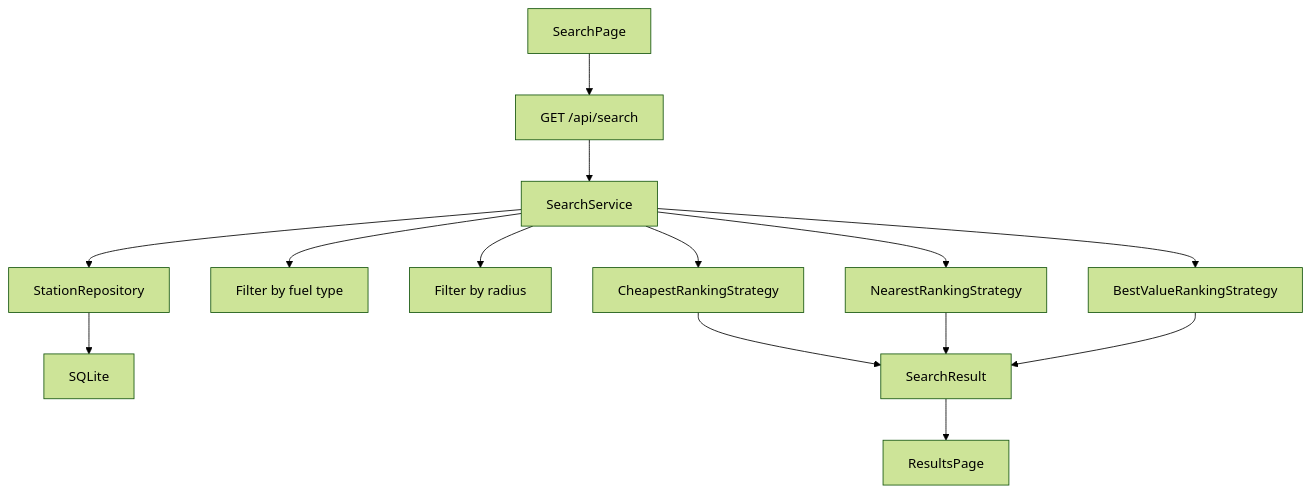
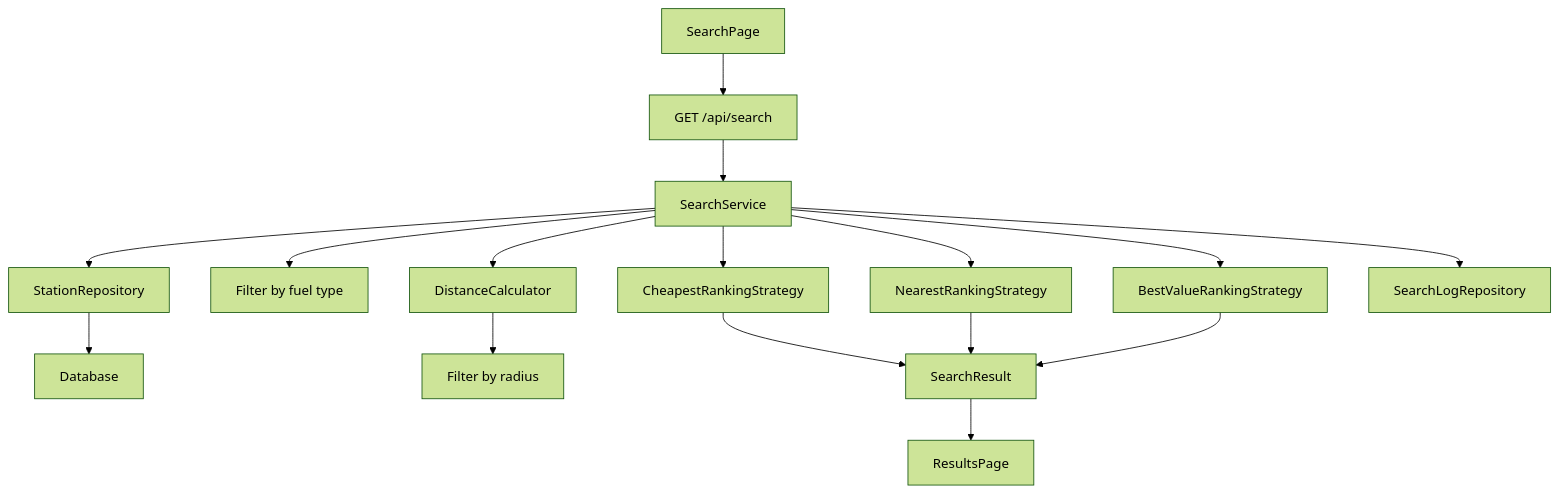
The third of 4 diagrams in BACKEND_DESIGN.md (Arthemisto/FuelFinder), drawn with Mermaid (forest theme) before and after one commit. The commit also changed other lines of this file and 1 other file, not shown here.

````diff
--- a/BACKEND_DESIGN.md
+++ b/BACKEND_DESIGN.md
@@ -541,16 +1146,18 @@
 ```mermaid
 flowchart TD
   SearchPage["SearchPage"] --> SearchRoute["GET /api/search"]
   SearchRoute --> SearchService
   SearchService --> StationRepository
-  StationRepository --> SQLite["SQLite"]
+  StationRepository --> Database["Database"]
   SearchService --> FuelFilter["Filter by fuel type"]
-  SearchService --> RadiusFilter["Filter by radius"]
+  SearchService --> DistanceCalculator
+  DistanceCalculator --> RadiusFilter["Filter by radius"]
   SearchService --> CheapestRankingStrategy
   SearchService --> NearestRankingStrategy
   SearchService --> BestValueRankingStrategy
+  SearchService --> SearchLogRepository
   CheapestRankingStrategy --> SearchResult
   NearestRankingStrategy --> SearchResult
   BestValueRankingStrategy --> SearchResult
   SearchResult --> ResultsPage["ResultsPage"]
 ```
````
